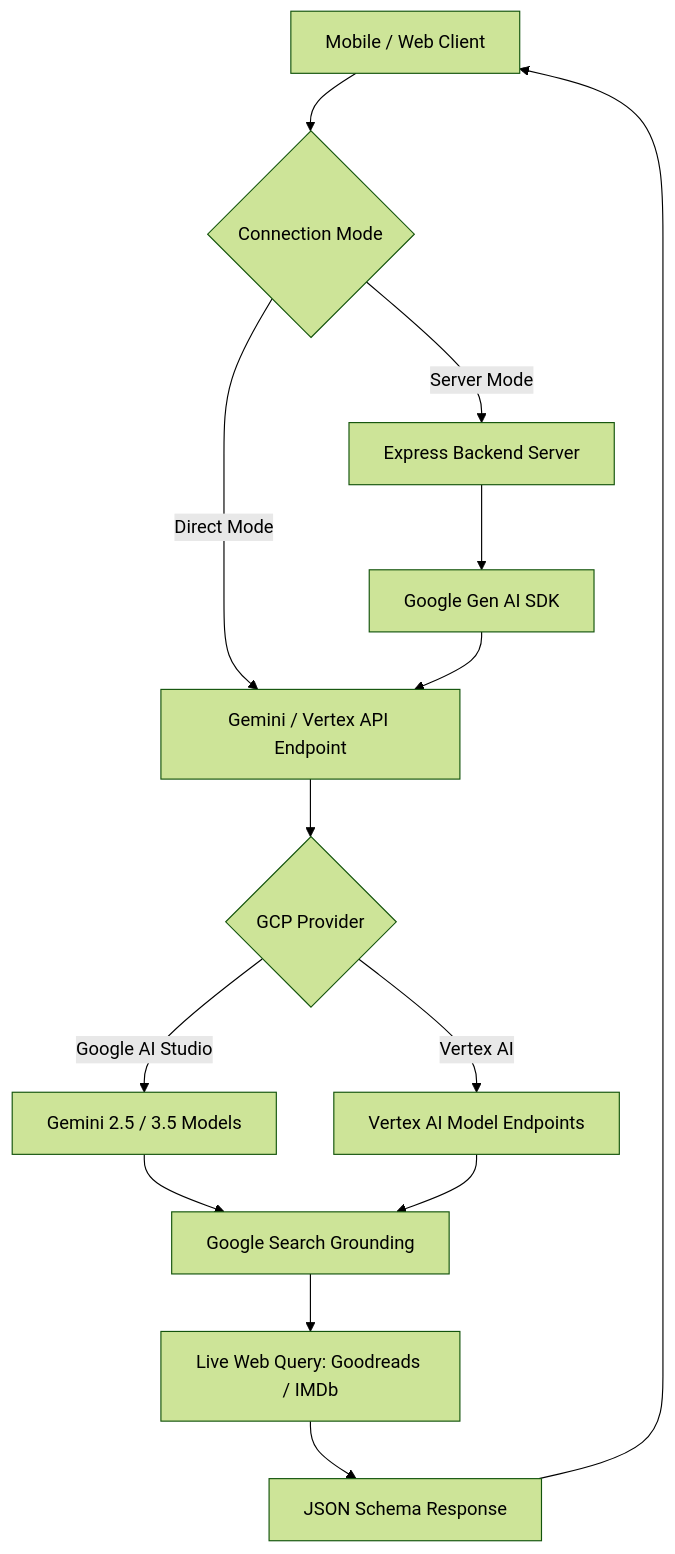
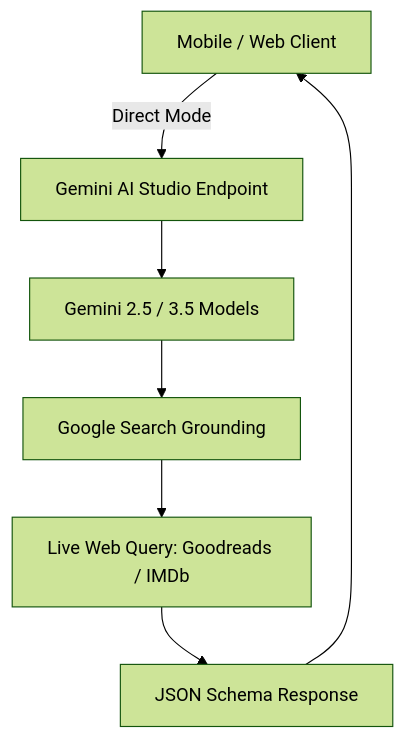
The diagram in README.md (w013nad/Library-App), drawn with Mermaid (forest theme) before and after one commit. The commit also changed other lines of this file and 5 other files, not shown here.

Commit message:
Simplify API connection settings and enforce strict Google Search grounding instructions

````diff
--- a/README.md
+++ b/README.md
@@ -54,16 +53,9 @@
 ```mermaid
 graph TD
-    A[Mobile / Web Client] --> B{Connection Mode}
-    B -->|Direct Mode| C[Gemini / Vertex API Endpoint]
-    B -->|Server Mode| D[Express Backend Server]
-    D --> E[Google Gen AI SDK]
-    E --> C
-    C --> F{GCP Provider}
-    F -->|Google AI Studio| G[Gemini 2.5 / 3.5 Models]
-    F -->|Vertex AI| H[Vertex AI Model Endpoints]
+    A[Mobile / Web Client] -->|Direct Mode| C[Gemini AI Studio Endpoint]
+    C --> G[Gemini 2.5 / 3.5 Models]
     G --> I[Google Search Grounding]
-    H --> I
     I --> J[Live Web Query: Goodreads / IMDb]
     J --> K[JSON Schema Response]
     K --> A
 ```
````
